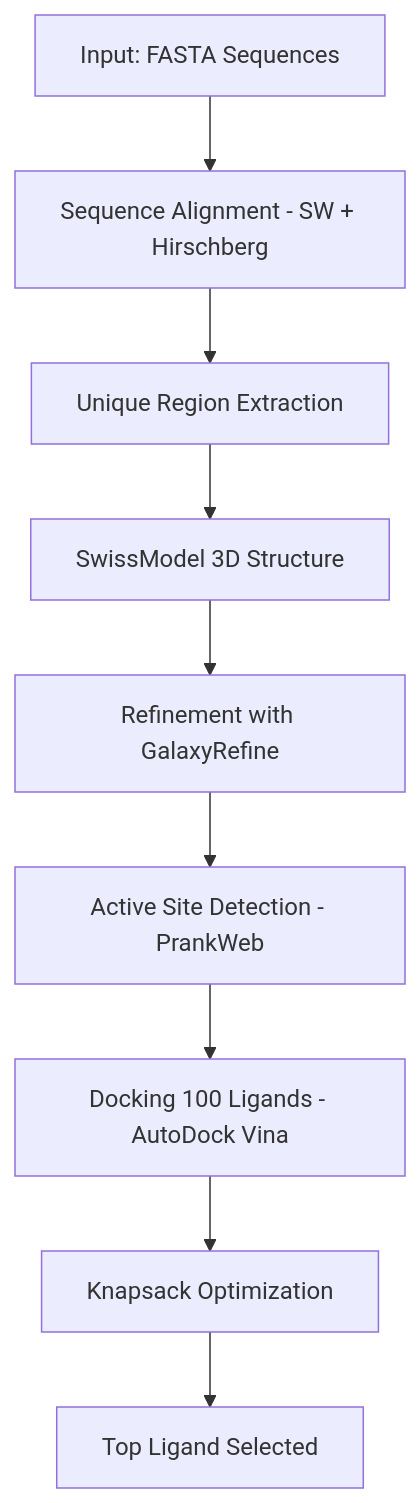
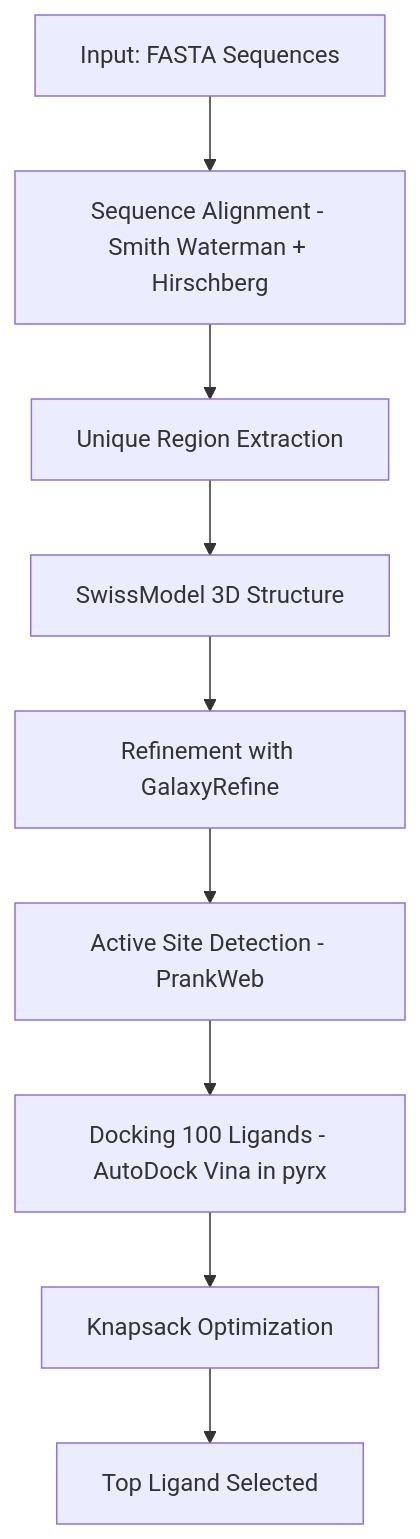
One commit to VikasiniS37/UNIQUE_PATHOGEN_TARGET_CLASSIFICATION changed the diagram in README.md. Above: the diagram before and after it, drawn with Mermaid. The commit also changed other lines of this file, not shown here.

````diff
--- a/README.md
+++ b/README.md
@@ -83,22 +83,22 @@
 ```mermaid
 graph TD
     A[Input: FASTA Sequences]
-    B[Sequence Alignment - SW + Hirschberg]
+    B[Sequence Alignment - Smith Waterman + Hirschberg]
     C[Unique Region Extraction]
     D[SwissModel 3D Structure]
     E[Refinement with GalaxyRefine]
     F[Active Site Detection - PrankWeb]
-    G[Docking 100 Ligands - AutoDock Vina]
+    G[Docking 100 Ligands - AutoDock Vina in pyrx]
     H[Knapsack Optimization]
     I[Top Ligand Selected]
 
     A --> B
     B --> C
     C --> D
     D --> E
     E --> F
     F --> G
     G --> H
     H --> I
 
 ```
````
